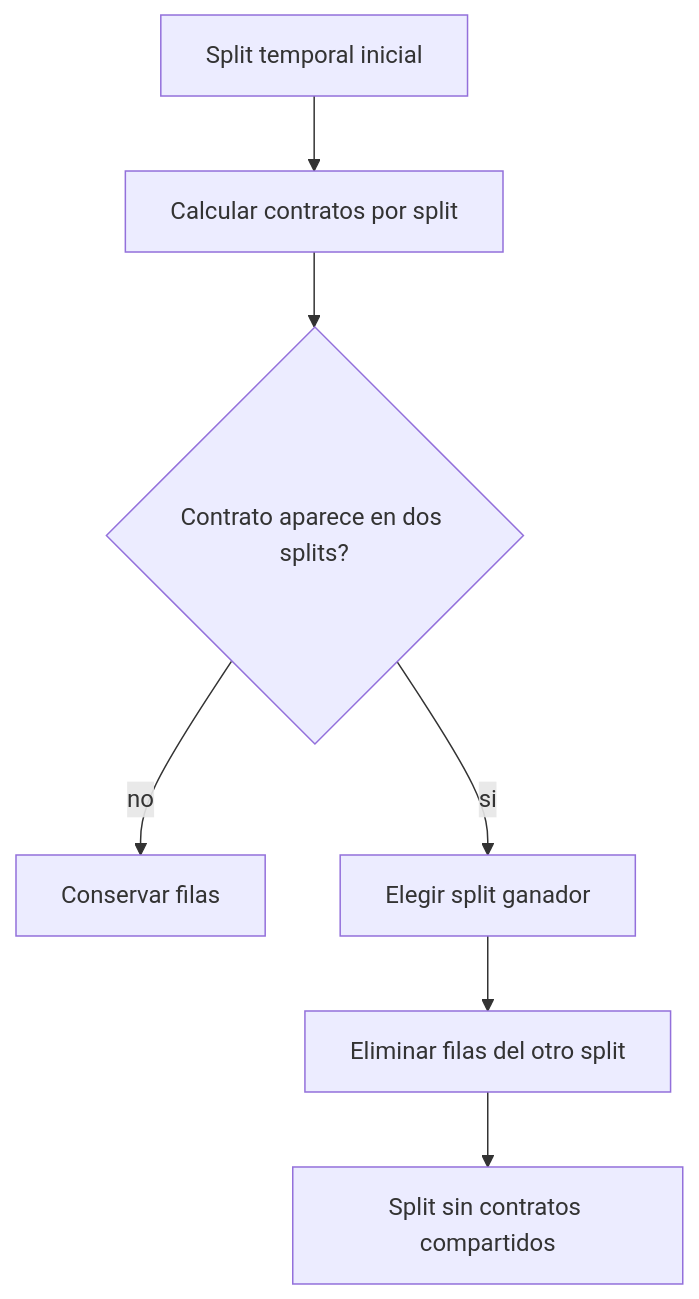
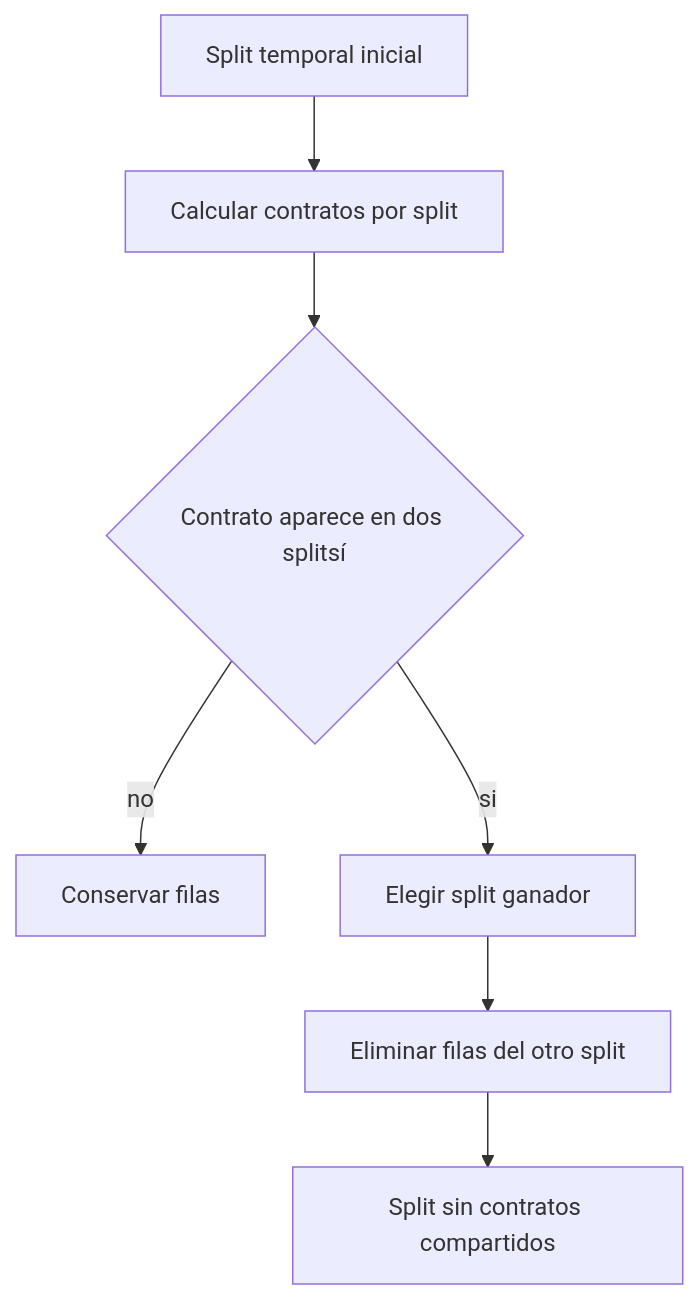
Before and after one commit to epiblasfunds/options-pricing: the second of 3 diagrams in doc/docs/models/splits-kfolds.md, drawn with Mermaid. The commit also changed 71 other files, not shown here.

````diff
--- a/doc/docs/models/splits-kfolds.md
+++ b/doc/docs/models/splits-kfolds.md
@@ -33,9 +33,9 @@
 ```mermaid
 flowchart TD
     A[Split temporal inicial] --> B[Calcular contratos por split]
-    B --> C{Contrato aparece en dos splits?}
+    B --> C{Contrato aparece en dos splitsí}
     C -->|no| D[Conservar filas]
     C -->|si| E[Elegir split ganador]
     E --> F[Eliminar filas del otro split]
     F --> G[Split sin contratos compartidos]
 ```
````
